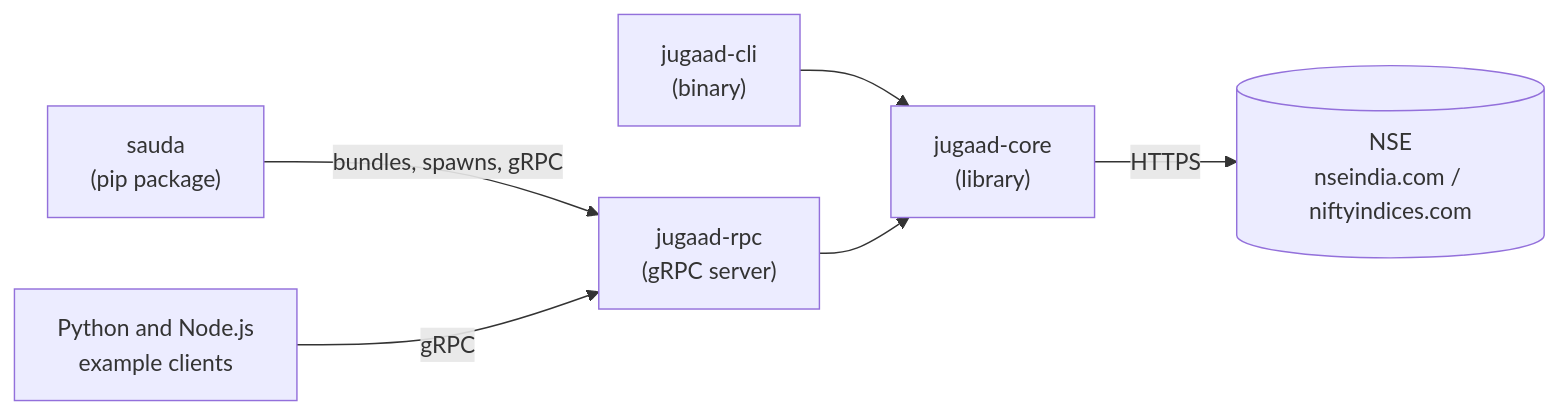
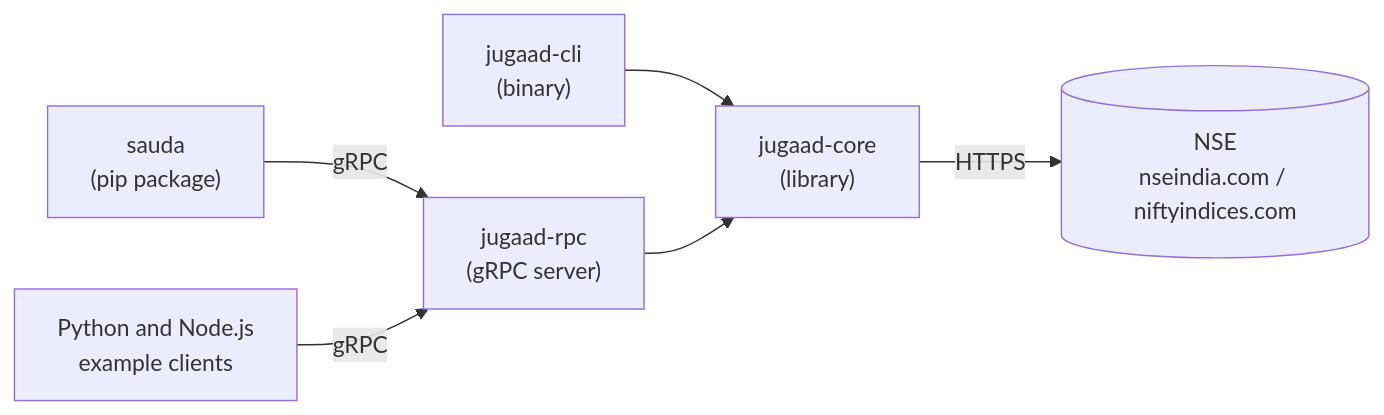
The diagram in README.md (Am1n1602/jugaad-rs), drawn with Mermaid before and after one commit. The commit also changed other lines of this file and 10 other files, not shown here.

````diff
--- a/README.md
+++ b/README.md
@@ -214,15 +224,15 @@
 ```mermaid
 graph LR
     NSE[("NSE\nnseindia.com / niftyindices.com")]
     Core["jugaad-core\n(library)"]
     Cli["jugaad-cli\n(binary)"]
     Rpc["jugaad-rpc\n(gRPC server)"]
     Sauda["sauda\n(pip package)"]
     Clients["Python and Node.js\nexample clients"]
 
     Core -->|HTTPS| NSE
     Cli --> Core
     Rpc --> Core
-    Sauda -->|bundles, spawns, gRPC| Rpc
+    Sauda -->|gRPC| Rpc
     Clients -->|gRPC| Rpc
 ```
````
